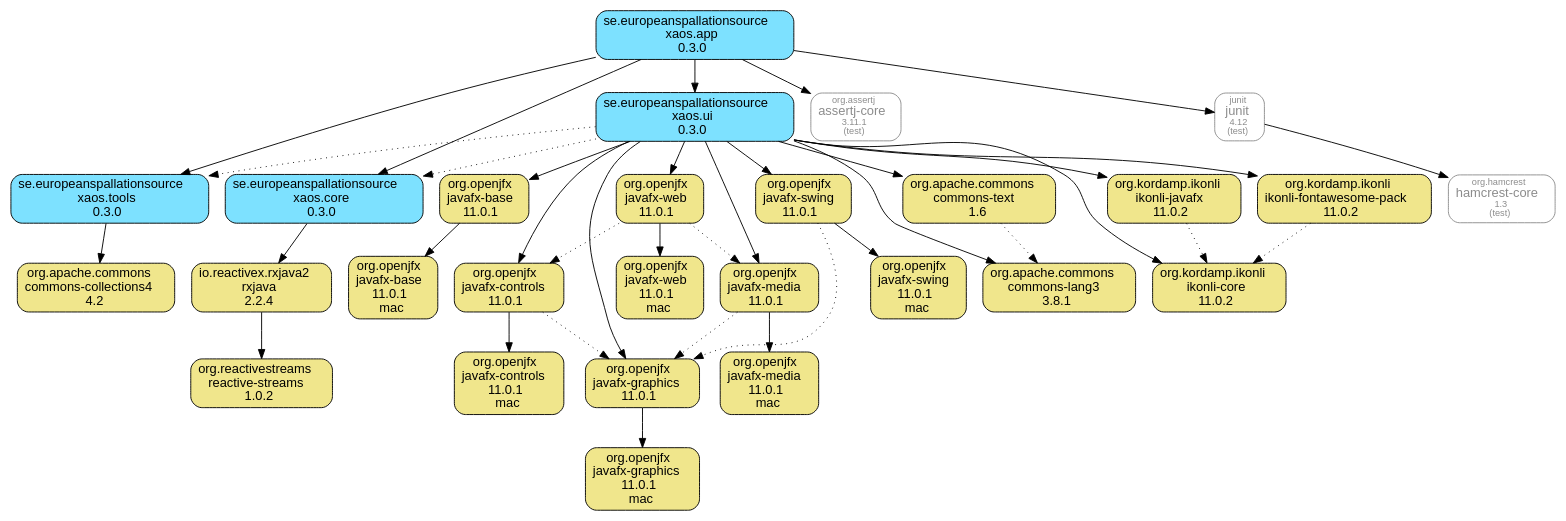
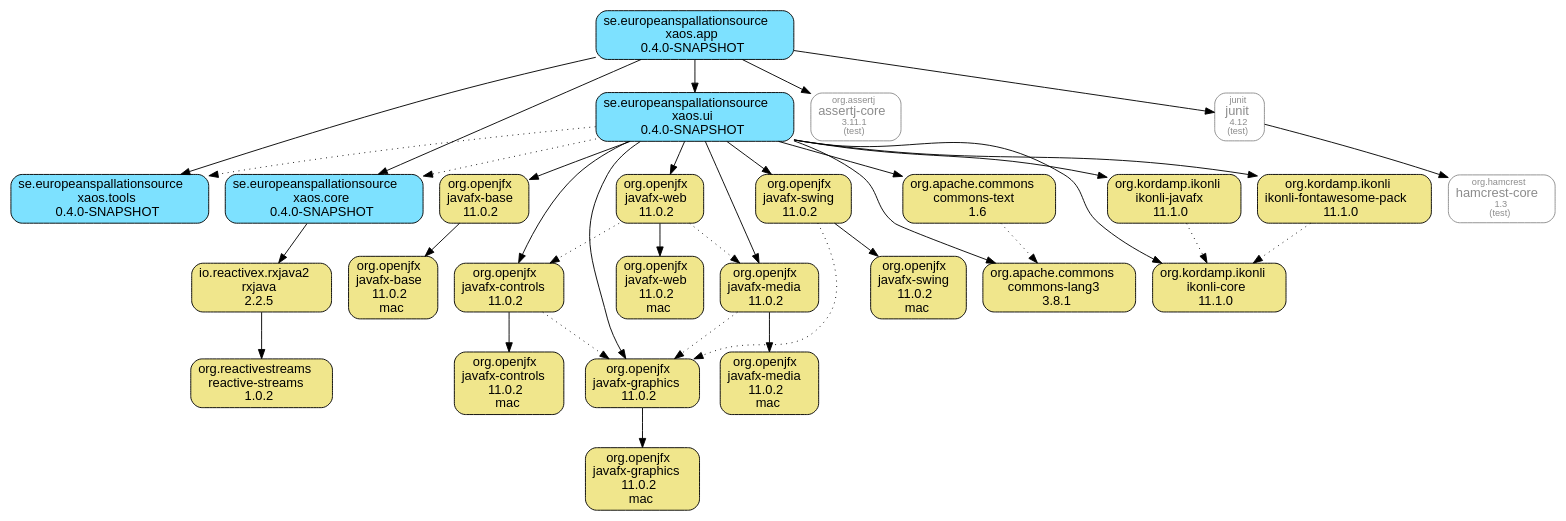
The diagram in xaos.app.module/doc/maven-dependencies.dot (ESSICS/XAOS), drawn with Graphviz before and after one commit. The commit also changed 18 other files, not shown here.

```diff
--- a/xaos.app.module/doc/maven-dependencies.dot
+++ b/xaos.app.module/doc/maven-dependencies.dot
@@ -1,71 +1,69 @@
 digraph "xaos.app" {
   node [shape="box",style="rounded",fontname="Helvetica",fontsize="14"]
   edge [fontsize="10",fontname="Helvetica"]
 
   // Node Definitions:
-  "se.europeanspallationsource:xaos.tools:jar"[shape="box",style="rounded, filled",fillcolor="#7DE1FF",label=<se.europeanspallationsource<br/>xaos.tools<br/>0.3.0>]
-  "org.apache.commons:commons-collections4:jar"[shape="box",style="rounded, filled",fillcolor="khaki",label=<org.apache.commons<br/>commons-collections4<br/>4.2>]
-  "se.europeanspallationsource:xaos.app:jar"[shape="box",style="rounded, filled",fillcolor="#7DE1FF",label=<se.europeanspallationsource<br/>xaos.app<br/>0.3.0>]
-  "io.reactivex.rxjava2:rxjava:jar"[shape="box",style="rounded, filled",fillcolor="khaki",label=<io.reactivex.rxjava2<br/>rxjava<br/>2.2.4>]
+  "se.europeanspallationsource:xaos.app:jar"[shape="box",style="rounded, filled",fillcolor="#7DE1FF",label=<se.europeanspallationsource<br/>xaos.app<br/>0.4.0-SNAPSHOT>]
+  "se.europeanspallationsource:xaos.tools:jar"[shape="box",style="rounded, filled",fillcolor="#7DE1FF",label=<se.europeanspallationsource<br/>xaos.tools<br/>0.4.0-SNAPSHOT>]
+  "io.reactivex.rxjava2:rxjava:jar"[shape="box",style="rounded, filled",fillcolor="khaki",label=<io.reactivex.rxjava2<br/>rxjava<br/>2.2.5>]
   "org.reactivestreams:reactive-streams:jar"[shape="box",style="rounded, filled",fillcolor="khaki",label=<org.reactivestreams<br/>reactive-streams<br/>1.0.2>]
-  "se.europeanspallationsource:xaos.core:jar"[shape="box",style="rounded, filled",fillcolor="#7DE1FF",label=<se.europeanspallationsource<br/>xaos.core<br/>0.3.0>]
-  "org.openjfx:javafx-base:jar"[shape="box",style="rounded, filled",fillcolor="khaki",label=<org.openjfx<br/>javafx-base<br/>11.0.1>]
-  "org.openjfx:javafx-base:jar:mac"[shape="box",style="rounded, filled",fillcolor="khaki",label=<org.openjfx<br/>javafx-base<br/>11.0.1<br/>mac>]
-  "se.europeanspallationsource:xaos.ui:jar"[shape="box",style="rounded, filled",fillcolor="#7DE1FF",label=<se.europeanspallationsource<br/>xaos.ui<br/>0.3.0>]
-  "org.openjfx:javafx-controls:jar"[shape="box",style="rounded, filled",fillcolor="khaki",label=<org.openjfx<br/>javafx-controls<br/>11.0.1>]
-  "org.openjfx:javafx-controls:jar:mac"[shape="box",style="rounded, filled",fillcolor="khaki",label=<org.openjfx<br/>javafx-controls<br/>11.0.1<br/>mac>]
-  "org.openjfx:javafx-graphics:jar"[shape="box",style="rounded, filled",fillcolor="khaki",label=<org.openjfx<br/>javafx-graphics<br/>11.0.1>]
-  "org.openjfx:javafx-graphics:jar:mac"[shape="box",style="rounded, filled",fillcolor="khaki",label=<org.openjfx<br/>javafx-graphics<br/>11.0.1<br/>mac>]
-  "org.openjfx:javafx-media:jar"[shape="box",style="rounded, filled",fillcolor="khaki",label=<org.openjfx<br/>javafx-media<br/>11.0.1>]
-  "org.openjfx:javafx-media:jar:mac"[shape="box",style="rounded, filled",fillcolor="khaki",label=<org.openjfx<br/>javafx-media<br/>11.0.1<br/>mac>]
-  "org.openjfx:javafx-swing:jar"[shape="box",style="rounded, filled",fillcolor="khaki",label=<org.openjfx<br/>javafx-swing<br/>11.0.1>]
-  "org.openjfx:javafx-swing:jar:mac"[shape="box",style="rounded, filled",fillcolor="khaki",label=<org.openjfx<br/>javafx-swing<br/>11.0.1<br/>mac>]
-  "org.openjfx:javafx-web:jar"[shape="box",style="rounded, filled",fillcolor="khaki",label=<org.openjfx<br/>javafx-web<br/>11.0.1>]
-  "org.openjfx:javafx-web:jar:mac"[shape="box",style="rounded, filled",fillcolor="khaki",label=<org.openjfx<br/>javafx-web<br/>11.0.1<br/>mac>]
+  "se.europeanspallationsource:xaos.core:jar"[shape="box",style="rounded, filled",fillcolor="#7DE1FF",label=<se.europeanspallationsource<br/>xaos.core<br/>0.4.0-SNAPSHOT>]
+  "org.openjfx:javafx-base:jar"[shape="box",style="rounded, filled",fillcolor="khaki",label=<org.openjfx<br/>javafx-base<br/>11.0.2>]
+  "org.openjfx:javafx-base:jar:mac"[shape="box",style="rounded, filled",fillcolor="khaki",label=<org.openjfx<br/>javafx-base<br/>11.0.2<br/>mac>]
+  "se.europeanspallationsource:xaos.ui:jar"[shape="box",style="rounded, filled",fillcolor="#7DE1FF",label=<se.europeanspallationsource<br/>xaos.ui<br/>0.4.0-SNAPSHOT>]
+  "org.openjfx:javafx-controls:jar"[shape="box",style="rounded, filled",fillcolor="khaki",label=<org.openjfx<br/>javafx-controls<br/>11.0.2>]
+  "org.openjfx:javafx-controls:jar:mac"[shape="box",style="rounded, filled",fillcolor="khaki",label=<org.openjfx<br/>javafx-controls<br/>11.0.2<br/>mac>]
+  "org.openjfx:javafx-graphics:jar"[shape="box",style="rounded, filled",fillcolor="khaki",label=<org.openjfx<br/>javafx-graphics<br/>11.0.2>]
+  "org.openjfx:javafx-graphics:jar:mac"[shape="box",style="rounded, filled",fillcolor="khaki",label=<org.openjfx<br/>javafx-graphics<br/>11.0.2<br/>mac>]
+  "org.openjfx:javafx-media:jar"[shape="box",style="rounded, filled",fillcolor="khaki",label=<org.openjfx<br/>javafx-media<br/>11.0.2>]
+  "org.openjfx:javafx-media:jar:mac"[shape="box",style="rounded, filled",fillcolor="khaki",label=<org.openjfx<br/>javafx-media<br/>11.0.2<br/>mac>]
+  "org.openjfx:javafx-swing:jar"[shape="box",style="rounded, filled",fillcolor="khaki",label=<org.openjfx<br/>javafx-swing<br/>11.0.2>]
+  "org.openjfx:javafx-swing:jar:mac"[shape="box",style="rounded, filled",fillcolor="khaki",label=<org.openjfx<br/>javafx-swing<br/>11.0.2<br/>mac>]
+  "org.openjfx:javafx-web:jar"[shape="box",style="rounded, filled",fillcolor="khaki",label=<org.openjfx<br/>javafx-web<br/>11.0.2>]
+  "org.openjfx:javafx-web:jar:mac"[shape="box",style="rounded, filled",fillcolor="khaki",label=<org.openjfx<br/>javafx-web<br/>11.0.2<br/>mac>]
   "org.apache.commons:commons-lang3:jar"[shape="box",style="rounded, filled",fillcolor="khaki",label=<org.apache.commons<br/>commons-lang3<br/>3.8.1>]
   "org.apache.commons:commons-text:jar"[shape="box",style="rounded, filled",fillcolor="khaki",label=<org.apache.commons<br/>commons-text<br/>1.6>]
-  "org.kordamp.ikonli:ikonli-core:jar"[shape="box",style="rounded, filled",fillcolor="khaki",label=<org.kordamp.ikonli<br/>ikonli-core<br/>11.0.2>]
-  "org.kordamp.ikonli:ikonli-javafx:jar"[shape="box",style="rounded, filled",fillcolor="khaki",label=<org.kordamp.ikonli<br/>ikonli-javafx<br/>11.0.2>]
-  "org.kordamp.ikonli:ikonli-fontawesome-pack:jar"[shape="box",style="rounded, filled",fillcolor="khaki",label=<org.kordamp.ikonli<br/>ikonli-fontawesome-pack<br/>11.0.2>]
+  "org.kordamp.ikonli:ikonli-core:jar"[shape="box",style="rounded, filled",fillcolor="khaki",label=<org.kordamp.ikonli<br/>ikonli-core<br/>11.1.0>]
+  "org.kordamp.ikonli:ikonli-javafx:jar"[shape="box",style="rounded, filled",fillcolor="khaki",label=<org.kordamp.ikonli<br/>ikonli-javafx<br/>11.1.0>]
+  "org.kordamp.ikonli:ikonli-fontawesome-pack:jar"[shape="box",style="rounded, filled",fillcolor="khaki",label=<org.kordamp.ikonli<br/>ikonli-fontawesome-pack<br/>11.1.0>]
   "org.assertj:assertj-core:jar"[shape="box",style="rounded",color="grey55",fontname="Helvetica",fontsize="14",fontcolor="grey55",label=<<font color="grey55" point-size="10">org.assertj</font><br/>assertj-core<font color="grey55" point-size="10"><br/>3.11.1</font><font color="grey55" point-size="10"><br/>(test)</font>>]
   "junit:junit:jar"[shape="box",style="rounded",color="grey55",fontname="Helvetica",fontsize="14",fontcolor="grey55",label=<<font color="grey55" point-size="10">junit</font><br/>junit<font color="grey55" point-size="10"><br/>4.12</font><font color="grey55" point-size="10"><br/>(test)</font>>]
   "org.hamcrest:hamcrest-core:jar"[shape="box",style="rounded",color="grey55",fontname="Helvetica",fontsize="14",fontcolor="grey55",label=<<font color="grey55" point-size="10">org.hamcrest</font><br/>hamcrest-core<font color="grey55" point-size="10"><br/>1.3</font><font color="grey55" point-size="10"><br/>(test)</font>>]
 
   // Edge Definitions:
-  "se.europeanspallationsource:xaos.tools:jar" -> "org.apache.commons:commons-collections4:jar"
   "se.europeanspallationsource:xaos.app:jar" -> "se.europeanspallationsource:xaos.tools:jar"
   "io.reactivex.rxjava2:rxjava:jar" -> "org.reactivestreams:reactive-streams:jar"
   "se.europeanspallationsource:xaos.core:jar" -> "io.reactivex.rxjava2:rxjava:jar"
   "se.europeanspallationsource:xaos.app:jar" -> "se.europeanspallationsource:xaos.core:jar"
   "org.openjfx:javafx-base:jar" -> "org.openjfx:javafx-base:jar:mac"
   "se.europeanspallationsource:xaos.ui:jar" -> "org.openjfx:javafx-base:jar"
   "org.openjfx:javafx-controls:jar" -> "org.openjfx:javafx-controls:jar:mac"
   "org.openjfx:javafx-controls:jar" -> "org.openjfx:javafx-graphics:jar"[style="dotted"]
   "se.europeanspallationsource:xaos.ui:jar" -> "org.openjfx:javafx-controls:jar"
   "org.openjfx:javafx-graphics:jar" -> "org.openjfx:javafx-graphics:jar:mac"
   "se.europeanspallationsource:xaos.ui:jar" -> "org.openjfx:javafx-graphics:jar"
   "org.openjfx:javafx-media:jar" -> "org.openjfx:javafx-media:jar:mac"
   "org.openjfx:javafx-media:jar" -> "org.openjfx:javafx-graphics:jar"[style="dotted"]
   "se.europeanspallationsource:xaos.ui:jar" -> "org.openjfx:javafx-media:jar"
   "org.openjfx:javafx-swing:jar" -> "org.openjfx:javafx-swing:jar:mac"
   "org.openjfx:javafx-swing:jar" -> "org.openjfx:javafx-graphics:jar"[style="dotted"]
   "se.europeanspallationsource:xaos.ui:jar" -> "org.openjfx:javafx-swing:jar"
   "org.openjfx:javafx-web:jar" -> "org.openjfx:javafx-web:jar:mac"
   "org.openjfx:javafx-web:jar" -> "org.openjfx:javafx-controls:jar"[style="dotted"]
   "org.openjfx:javafx-web:jar" -> "org.openjfx:javafx-media:jar"[style="dotted"]
   "se.europeanspallationsource:xaos.ui:jar" -> "org.openjfx:javafx-web:jar"
   "se.europeanspallationsource:xaos.ui:jar" -> "org.apache.commons:commons-lang3:jar"
   "org.apache.commons:commons-text:jar" -> "org.apache.commons:commons-lang3:jar"[style="dotted"]
   "se.europeanspallationsource:xaos.ui:jar" -> "org.apache.commons:commons-text:jar"
   "se.europeanspallationsource:xaos.ui:jar" -> "org.kordamp.ikonli:ikonli-core:jar"
   "org.kordamp.ikonli:ikonli-javafx:jar" -> "org.kordamp.ikonli:ikonli-core:jar"[style="dotted"]
   "se.europeanspallationsource:xaos.ui:jar" -> "org.kordamp.ikonli:ikonli-javafx:jar"
   "org.kordamp.ikonli:ikonli-fontawesome-pack:jar" -> "org.kordamp.ikonli:ikonli-core:jar"[style="dotted"]
   "se.europeanspallationsource:xaos.ui:jar" -> "org.kordamp.ikonli:ikonli-fontawesome-pack:jar"
   "se.europeanspallationsource:xaos.ui:jar" -> "se.europeanspallationsource:xaos.tools:jar"[style="dotted"]
   "se.europeanspallationsource:xaos.ui:jar" -> "se.europeanspallationsource:xaos.core:jar"[style="dotted"]
   "se.europeanspallationsource:xaos.app:jar" -> "se.europeanspallationsource:xaos.ui:jar"
   "se.europeanspallationsource:xaos.app:jar" -> "org.assertj:assertj-core:jar"
   "junit:junit:jar" -> "org.hamcrest:hamcrest-core:jar"
   "se.europeanspallationsource:xaos.app:jar" -> "junit:junit:jar"
 }
```
